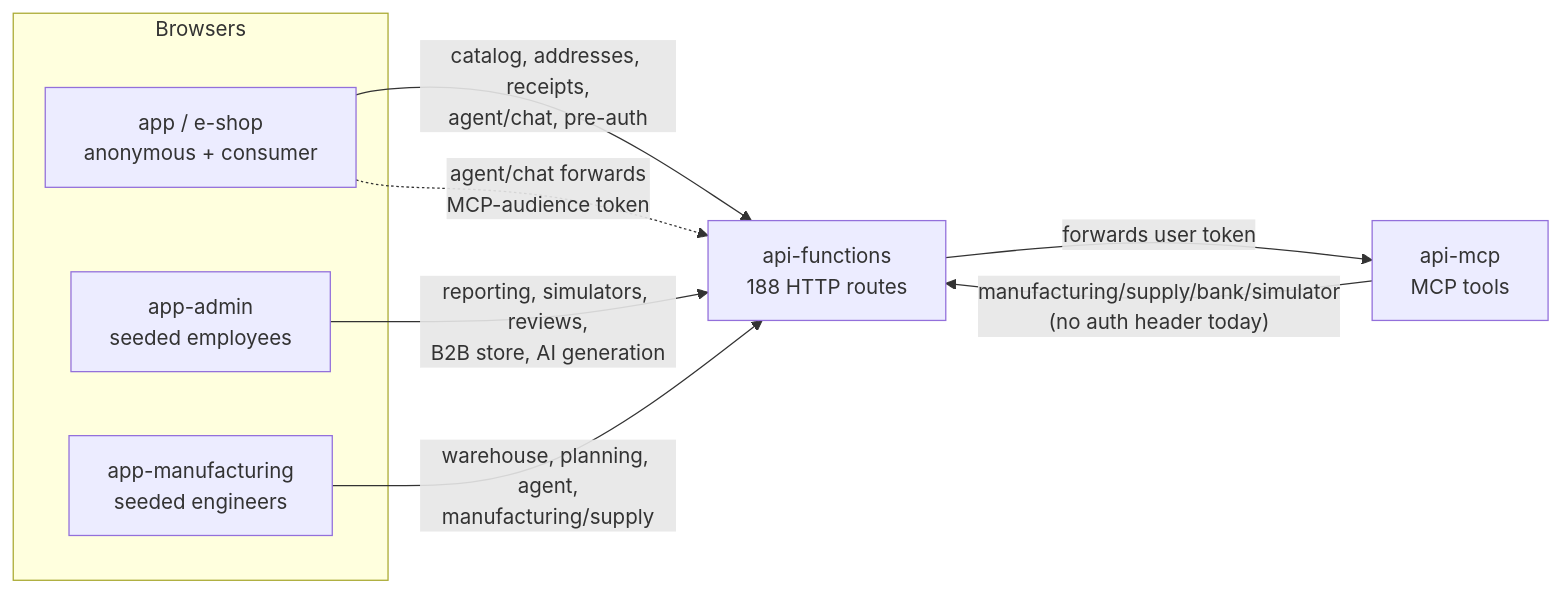
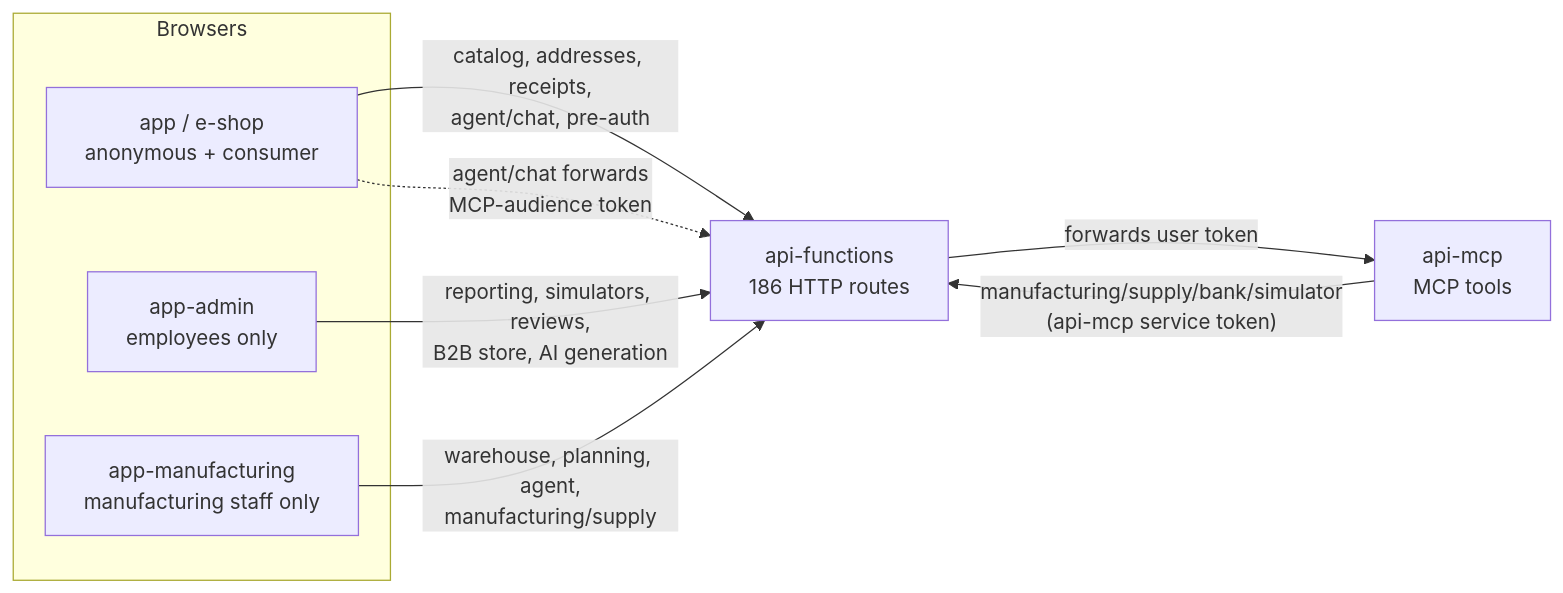
One commit to ahems/AdventureWorks changed the first of 2 diagrams in docs/features/functions-oauth/README.md. Above: the diagram before and after it, drawn with Mermaid. The commit also changed other lines of this file and 51 other files, not shown here.

````diff
--- a/docs/features/functions-oauth/README.md
+++ b/docs/features/functions-oauth/README.md
@@ -81,17 +81,17 @@
 ```mermaid
 flowchart LR
   subgraph Browsers
     ESHOP[app / e-shop<br/>anonymous + consumer]
-    ADMIN[app-admin<br/>seeded employees]
-    MFG[app-manufacturing<br/>seeded engineers]
+    ADMIN[app-admin<br/>employees only]
+    MFG[app-manufacturing<br/>manufacturing staff only]
   end
   MCP[api-mcp<br/>MCP tools]
-  FUNC[api-functions<br/>188 HTTP routes]
+  FUNC[api-functions<br/>186 HTTP routes]
 
   ESHOP -->|catalog, addresses, receipts,<br/>agent/chat, pre-auth| FUNC
   ADMIN -->|reporting, simulators, reviews,<br/>B2B store, AI generation| FUNC
   MFG -->|warehouse, planning, agent,<br/>manufacturing/supply| FUNC
   ESHOP -.->|agent/chat forwards<br/>MCP-audience token| FUNC
   FUNC -->|forwards user token| MCP
-  MCP -->|"manufacturing/supply/bank/simulator<br/>(no auth header today)"| FUNC
+  MCP -->|"manufacturing/supply/bank/simulator<br/>(api-mcp service token)"| FUNC
 ```
````
